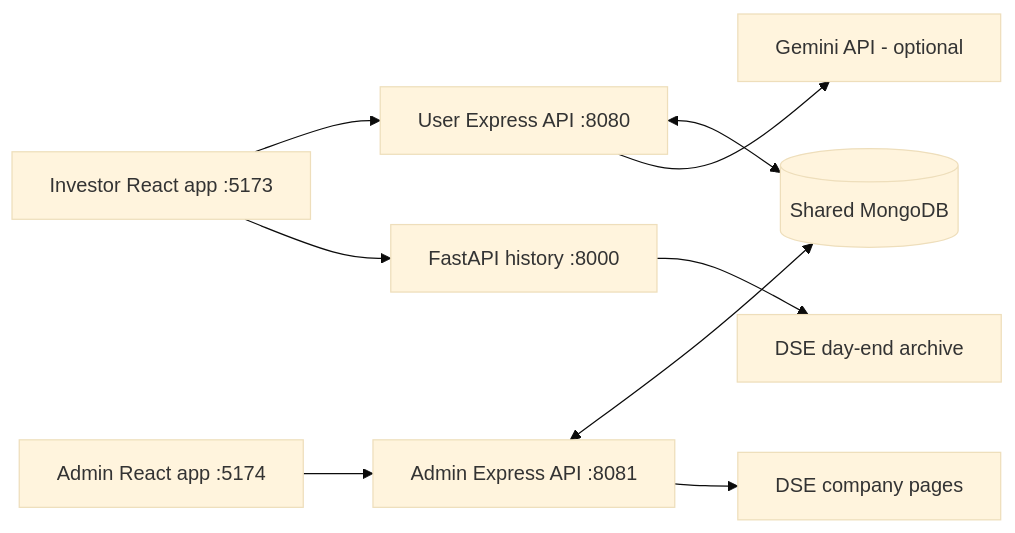
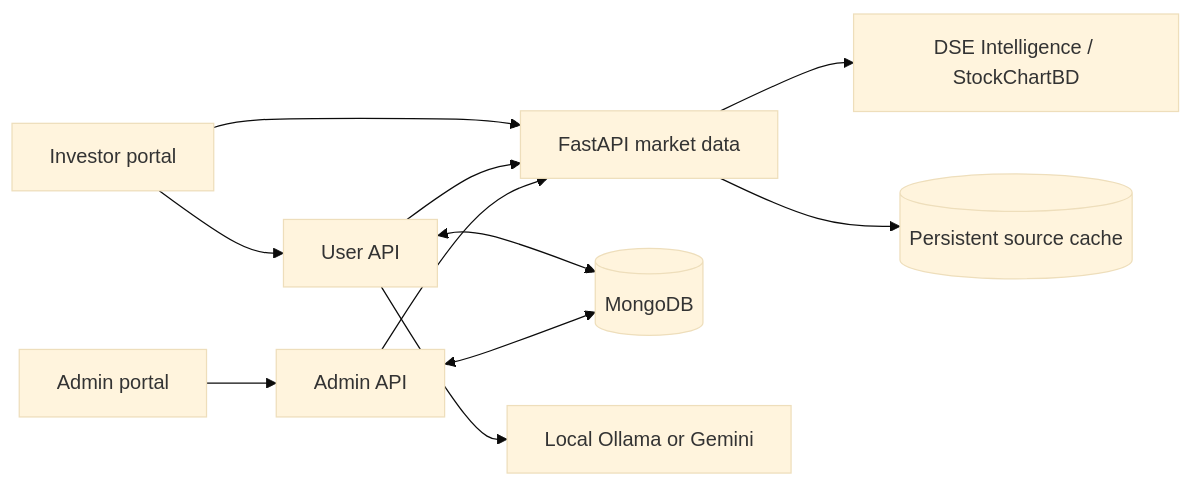
The diagram in docs/architecture.md (RezuanMustafaHasan/Bloomfolio), drawn with Mermaid (base theme) before and after one commit. The commit also changed other lines of this file and 68 other files, not shown here.

Commit message:
Restore source-backed market data, repair workflows, and capture working features

````diff
--- a/docs/architecture.md
+++ b/docs/architecture.md
@@ -5,11 +3,13 @@
 ```mermaid
 flowchart LR
-    Investor[Investor React app :5173] --> API[User Express API :8080]
-    Investor --> History[FastAPI history :8000]
-    Admin[Admin React app :5174] --> AdminAPI[Admin Express API :8081]
-    API <--> Mongo[(Shared MongoDB)]
-    AdminAPI <--> Mongo
-    AdminAPI --> Company[DSE company pages]
-    History --> Archive[DSE day-end archive]
-    API --> Gemini[Gemini API - optional]
+  Web[Investor portal] --> API[User API]
+  Web --> Market[FastAPI market data]
+  Admin[Admin portal] --> AdminAPI[Admin API]
+  API --> Market
+  AdminAPI --> Market
+  Market --> Source[DSE Intelligence / StockChartBD]
+  Market --> Cache[(Persistent source cache)]
+  API <--> Mongo[(MongoDB)]
+  AdminAPI <--> Mongo
+  API --> AI[Local Ollama or Gemini]
 ```
````
